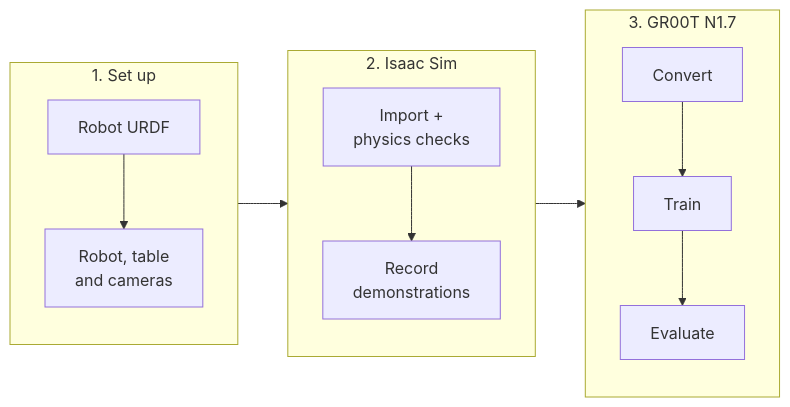
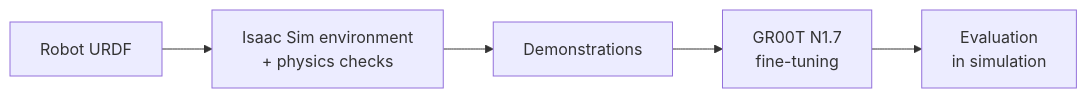
Before and after one commit to momoiorg-repository/urdf2vla: the diagram in docs/index.md, drawn with Mermaid. The commit also changed other lines of this file and 10 other files, not shown here.

````diff
--- a/docs/index.md
+++ b/docs/index.md
@@ -14,16 +30,4 @@
 ```mermaid
 flowchart LR
-  subgraph S1 [1. Set up]
-    direction TB
-    U[Robot URDF] --> C[Robot, table<br/>and cameras]
-  end
-  subgraph S2 [2. Isaac Sim]
-    direction TB
-    I[Import +<br/>physics checks] --> R[Record<br/>demonstrations]
-  end
-  subgraph S3 [3. GR00T N1.7]
-    direction TB
-    V[Convert] --> T[Train] --> E[Evaluate]
-  end
-  S1 --> S2 --> S3
+  U[Robot URDF] --> S[Isaac Sim environment<br/>+ physics checks] --> R[Demonstrations] --> T[GR00T N1.7<br/>fine-tuning] --> E[Evaluation<br/>in simulation]
 ```
````
